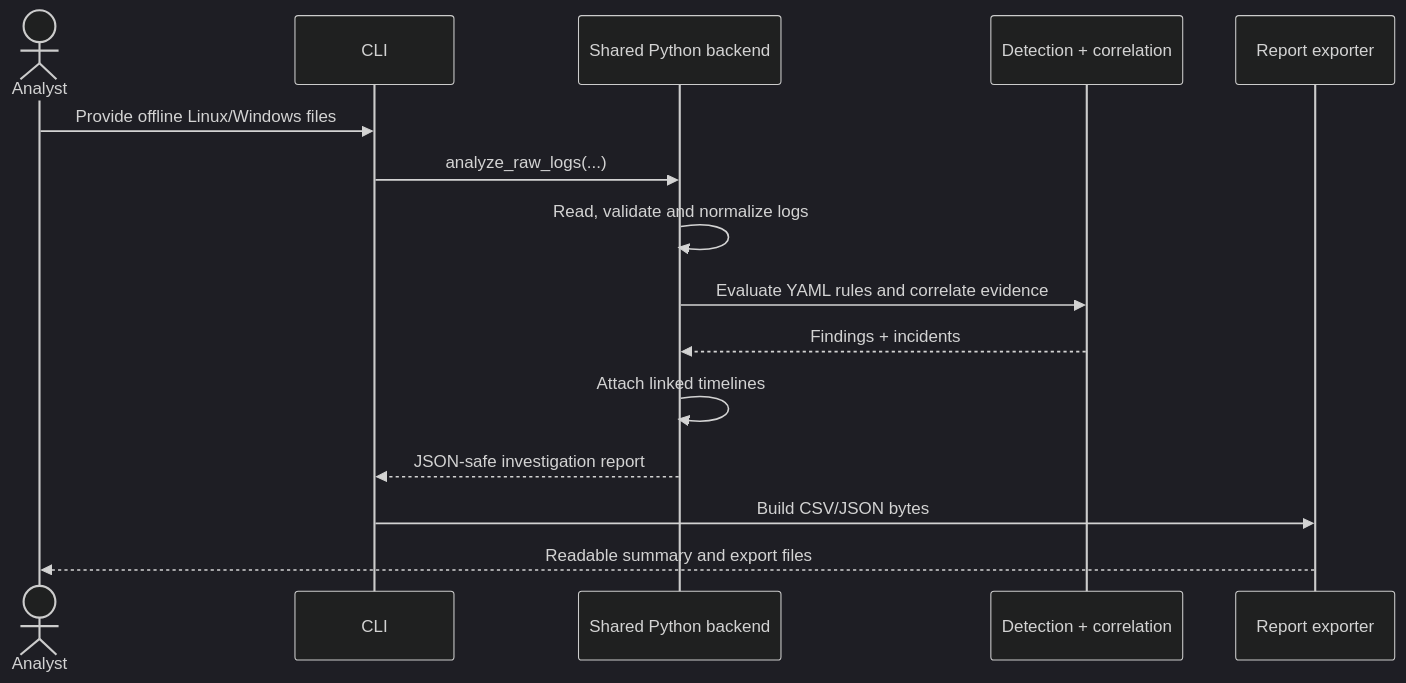
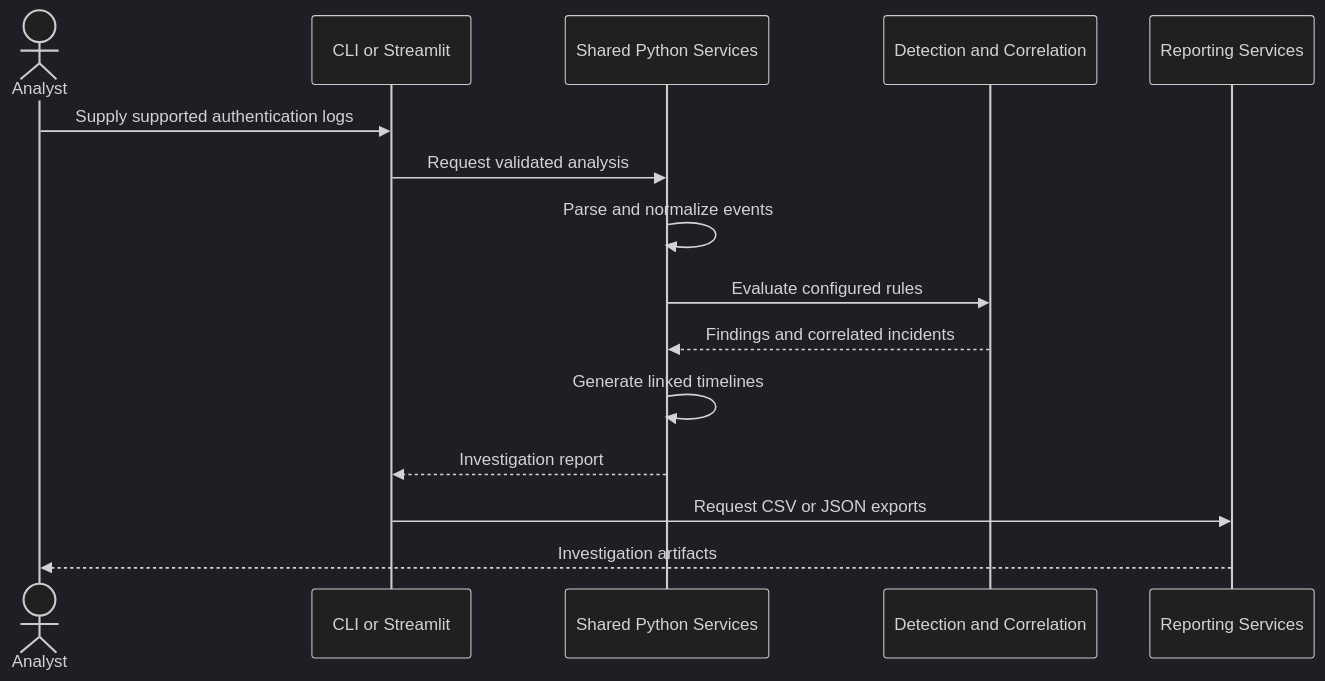
One commit to Abdullah-Al-Mahi/python-security-log-toolkit changed the second of 3 diagrams in docs/ARCHITECTURE.md. Above: the diagram before and after it, drawn with Mermaid (dark theme). The commit also changed other lines of this file and 11 other files, not shown here.

````diff
--- a/docs/ARCHITECTURE.md
+++ b/docs/ARCHITECTURE.md
@@ -53,17 +57,18 @@
 ```mermaid
 sequenceDiagram
     actor Analyst
-    participant CLI as CLI
-    participant Backend as Shared Python backend
-    participant Rules as Detection + correlation
-    participant Report as Report exporter
-    Analyst->>CLI: Provide offline Linux/Windows files
-    CLI->>Backend: analyze_raw_logs(...)
-    Backend->>Backend: Read, validate and normalize logs
-    Backend->>Rules: Evaluate YAML rules and correlate evidence
-    Rules-->>Backend: Findings + incidents
-    Backend->>Backend: Attach linked timelines
-    Backend-->>CLI: JSON-safe investigation report
-    CLI->>Report: Build CSV/JSON bytes
-    Report-->>Analyst: Readable summary and export files
+    participant UI as CLI or Streamlit
+    participant Backend as Shared Python Services
+    participant Rules as Detection and Correlation
+    participant Report as Reporting Services
+
+    Analyst->>UI: Supply supported authentication logs
+    UI->>Backend: Request validated analysis
+    Backend->>Backend: Parse and normalize events
+    Backend->>Rules: Evaluate configured rules
+    Rules-->>Backend: Findings and correlated incidents
+    Backend->>Backend: Generate linked timelines
+    Backend-->>UI: Investigation report
+    UI->>Report: Request CSV or JSON exports
+    Report-->>Analyst: Investigation artifacts
 ```
````
